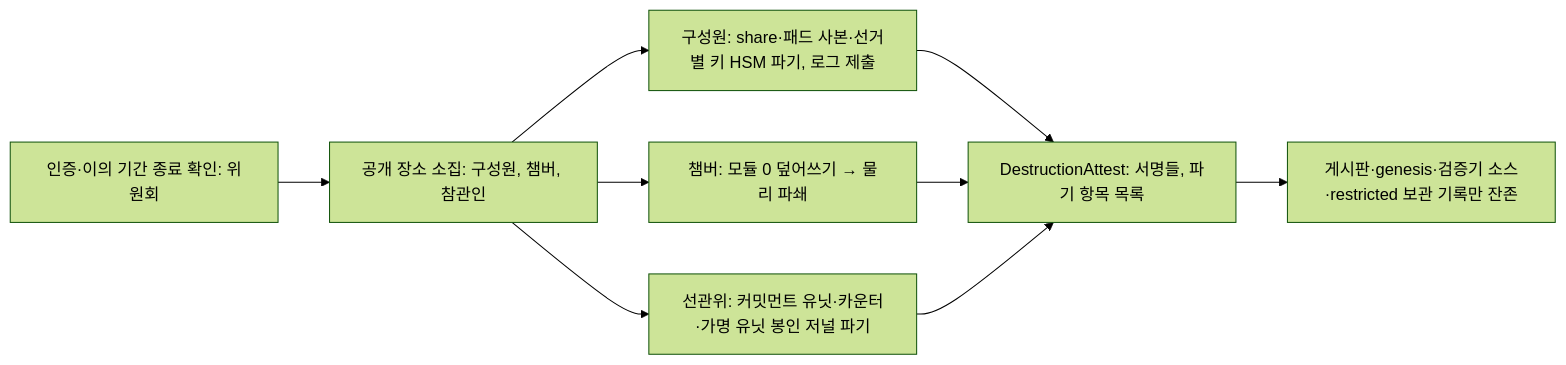
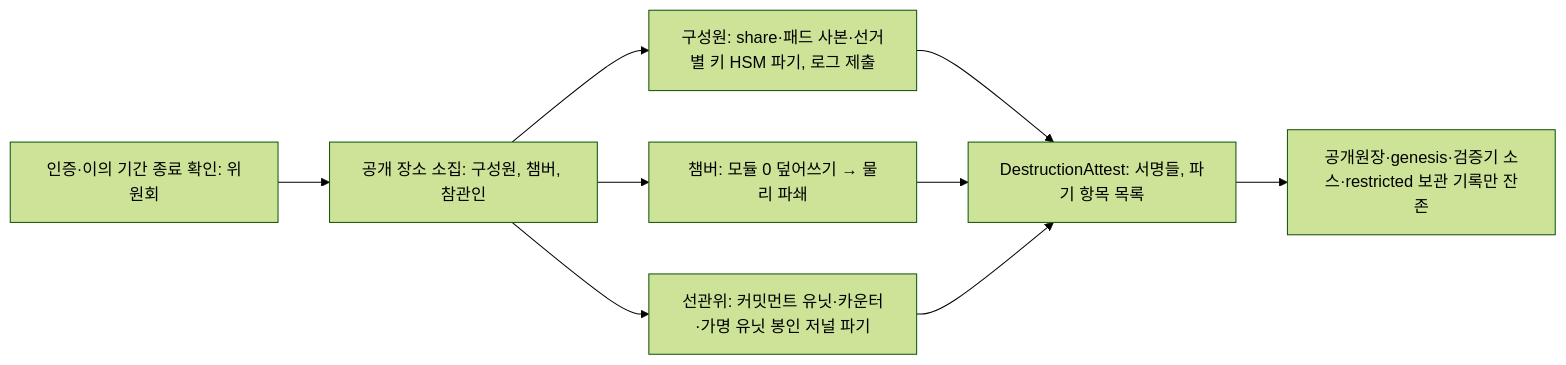
Diagram 13 of 13 in docs/processing/PROCESSING_FLOWS.md (dudueul/ityv), drawn with Mermaid (forest theme) before and after one commit. The commit also changed other lines of this file and 27 other files, not shown here.

````diff
--- a/docs/processing/PROCESSING_FLOWS.md
+++ b/docs/processing/PROCESSING_FLOWS.md
@@ -381,11 +381,11 @@
 ```mermaid
 flowchart LR
     T[인증·이의 기간 종료 확인: 위원회] --> P[공개 장소 소집: 구성원, 챔버, 참관인]
     P --> D1[구성원: share·패드 사본·선거별 키 HSM 파기, 로그 제출]
     P --> D2[챔버: 모듈 0 덮어쓰기 → 물리 파쇄]
     P --> D3[선관위: 커밋먼트 유닛·카운터·가명 유닛 봉인 저널 파기]
     D1 --> A[DestructionAttest: 서명들, 파기 항목 목록]
     D2 --> A
     D3 --> A
-    A --> K[게시판·genesis·검증기 소스·restricted 보관 기록만 잔존]
+    A --> K[공개원장·genesis·검증기 소스·restricted 보관 기록만 잔존]
 ```
````
